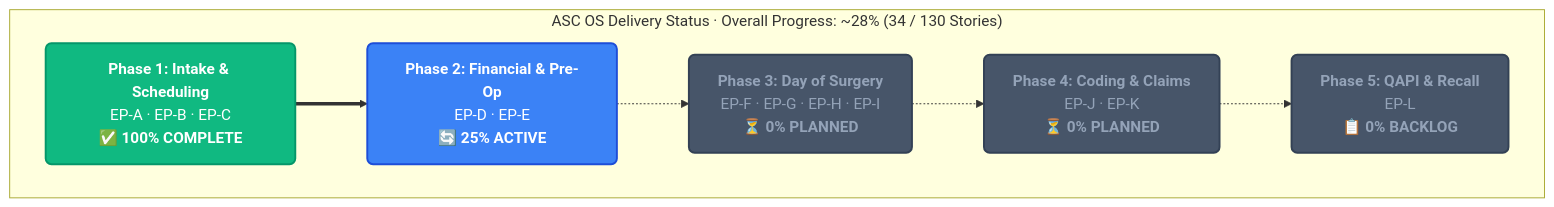
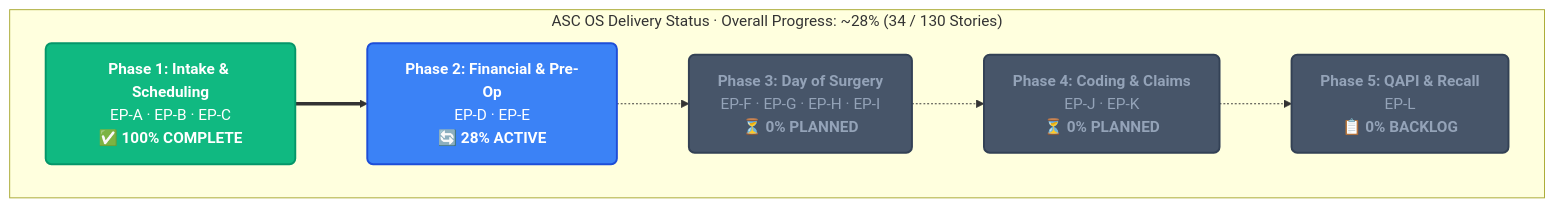
One commit to imRahul05/ASC-EHR changed the first of 2 diagrams in README.md. Above: the diagram before and after it, drawn with Mermaid. The commit also changed other lines of this file and 1 other file, not shown here.

````diff
--- a/README.md
+++ b/README.md
@@ -20,17 +20,17 @@
 ```mermaid
 flowchart LR
     classDef done fill:#10b981,stroke:#059669,stroke-width:2px,color:#fff,rx:6px,ry:6px
     classDef active fill:#3b82f6,stroke:#1d4ed8,stroke-width:2px,color:#fff,rx:6px,ry:6px
     classDef planned fill:#475569,stroke:#334155,stroke-width:2px,color:#94a3b8,rx:6px,ry:6px
 
     subgraph Roadmap ["ASC OS Delivery Status · Overall Progress: ~28% (34 / 130 Stories)"]
         direction LR
         P1["<b>Phase 1: Intake & Scheduling</b><br/>EP-A · EP-B · EP-C<br/>✅ <b>100% COMPLETE</b>"]:::done
-        P2["<b>Phase 2: Financial & Pre-Op</b><br/>EP-D · EP-E<br/>🔄 <b>25% ACTIVE</b>"]:::active
+        P2["<b>Phase 2: Financial & Pre-Op</b><br/>EP-D · EP-E<br/>🔄 <b>28% ACTIVE</b>"]:::active
         P3["<b>Phase 3: Day of Surgery</b><br/>EP-F · EP-G · EP-H · EP-I<br/>⏳ <b>0% PLANNED</b>"]:::planned
         P4["<b>Phase 4: Coding & Claims</b><br/>EP-J · EP-K<br/>⏳ <b>0% PLANNED</b>"]:::planned
         P5["<b>Phase 5: QAPI & Recall</b><br/>EP-L<br/>📋 <b>0% BACKLOG</b>"]:::planned
 
         P1 ==> P2 -.-> P3 -.-> P4 -.-> P5
     end
 ```
````
